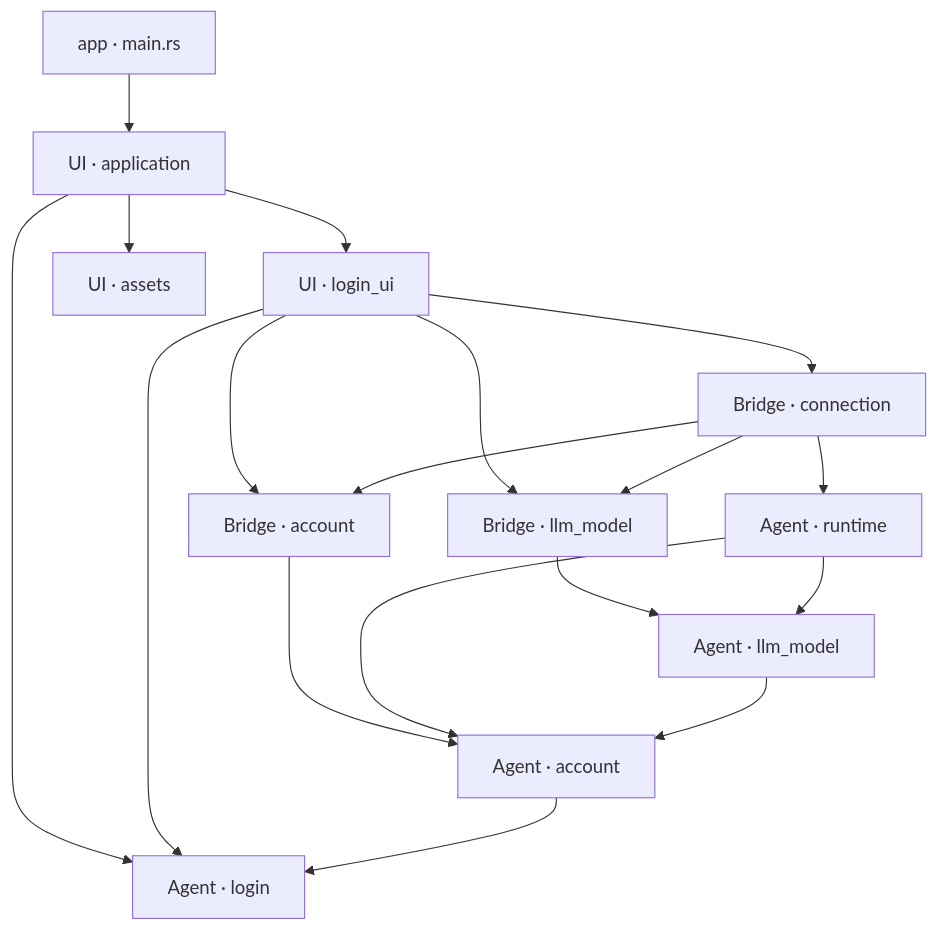
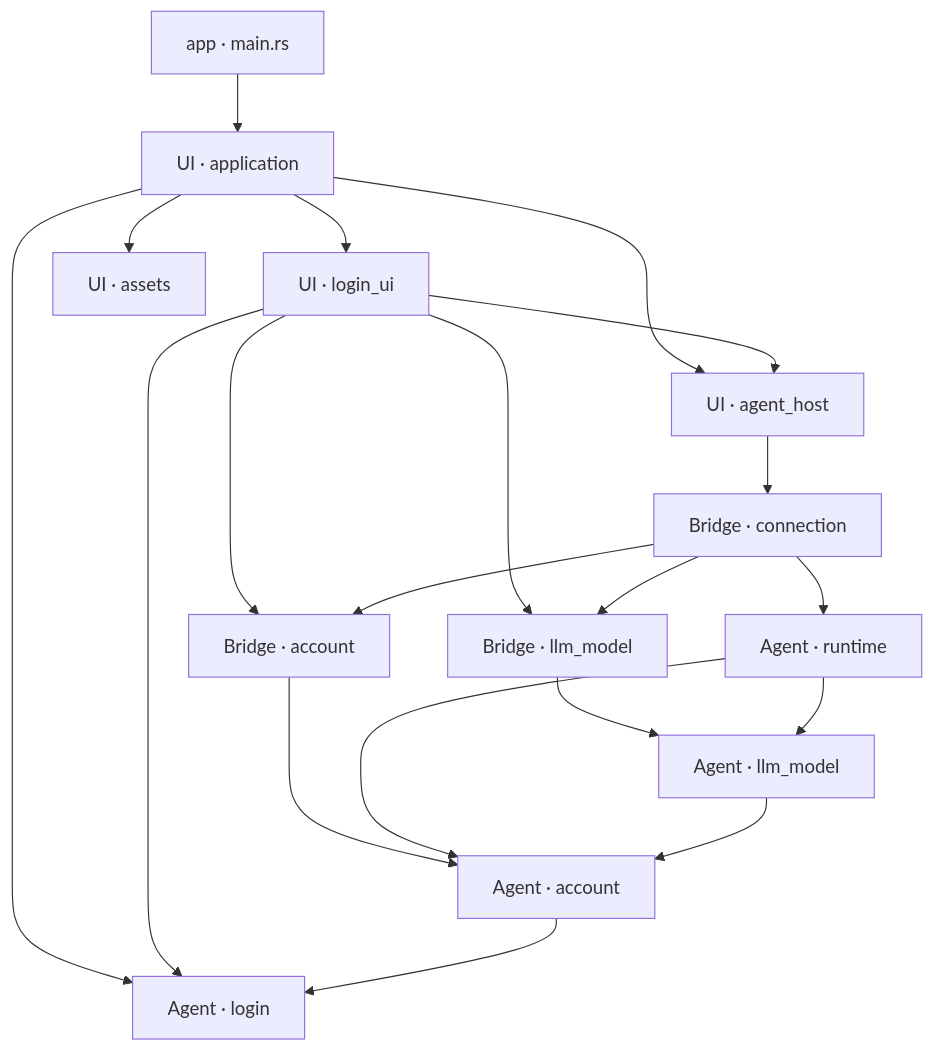
One commit to slc90/Agentelier changed the first of 3 diagrams in docs/design/architecture.md. Above: the diagram before and after it, drawn with Mermaid. The commit also changed other lines of this file and 14 other files, not shown here.

Commit message:
Share the agent connection through a UI host

````diff
--- a/docs/design/architecture.md
+++ b/docs/design/architecture.md
@@ -24,20 +25,22 @@
 ```mermaid
 flowchart TD
     Entry["app · main.rs"] --> App["UI · application"]
     App --> UI["UI · login_ui"]
     App --> Assets["UI · assets"]
     App --> Login["Agent · login"]
     UI --> Login
-    UI --> Connection["Bridge · connection"]
+    App --> Host["UI · agent_host"]
+    UI --> Host
+    Host --> Connection["Bridge · connection"]
     UI --> AccountBridge["Bridge · account"]
     UI --> ModelBridge["Bridge · llm_model"]
     Connection --> Runtime["Agent · runtime"]
     Connection --> AccountBridge
     Connection --> ModelBridge
     AccountBridge --> Account["Agent · account"]
     ModelBridge --> Model["Agent · llm_model"]
     Runtime --> Account
     Runtime --> Model
     Model --> Account
     Account --> Login
 ```
````
